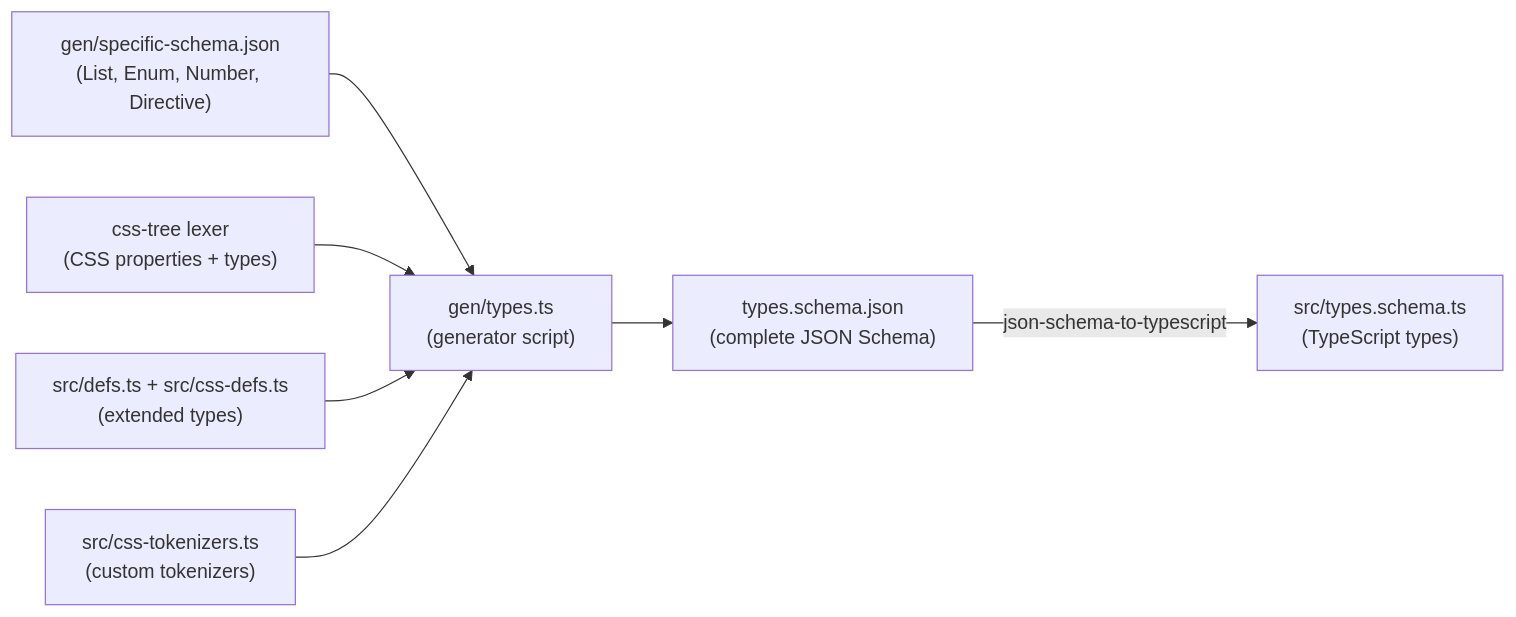
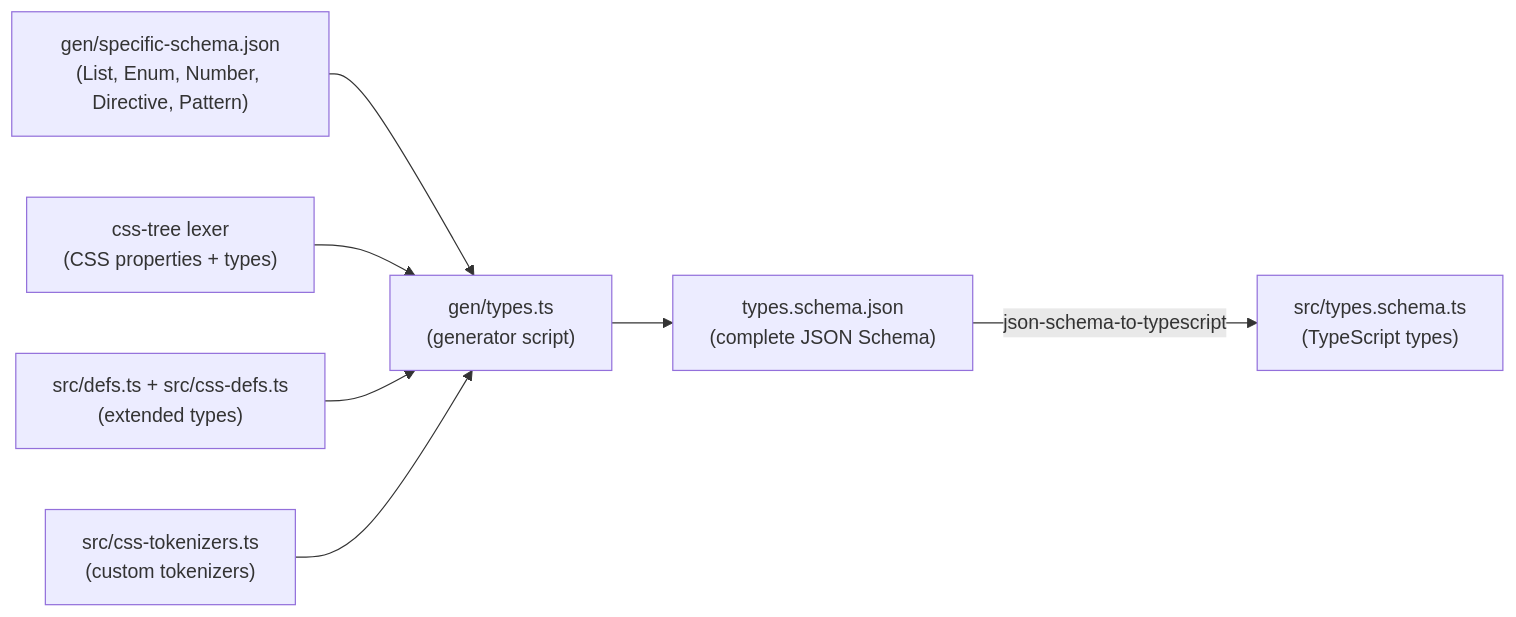
One commit to markuplint/markuplint changed the second of 3 diagrams in packages/@markuplint/types/docs/type-system.md. Above: the diagram before and after it, drawn with Mermaid. The commit also changed other lines of this file and 1 other file, not shown here.

First line of the commit message:
docs(types): document how to add a new Type variant

````diff
--- a/packages/@markuplint/types/docs/type-system.md
+++ b/packages/@markuplint/types/docs/type-system.md
@@ -423,9 +425,9 @@
 ```mermaid
 flowchart LR
-    A["gen/specific-schema.json<br/>(List, Enum, Number, Directive)"] --> D["gen/types.ts<br/>(generator script)"]
+    A["gen/specific-schema.json<br/>(List, Enum, Number, Directive, Pattern)"] --> D["gen/types.ts<br/>(generator script)"]
     B["css-tree lexer<br/>(CSS properties + types)"] --> D
     C["src/defs.ts + src/css-defs.ts<br/>(extended types)"] --> D
     E["src/css-tokenizers.ts<br/>(custom tokenizers)"] --> D
     D --> F["types.schema.json<br/>(complete JSON Schema)"]
     F -->|json-schema-to-typescript| G["src/types.schema.ts<br/>(TypeScript types)"]
 ```
````
